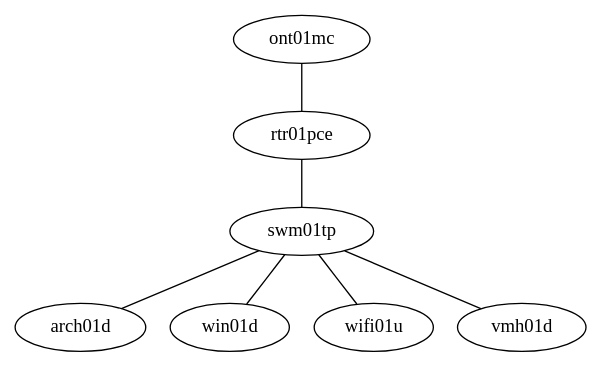
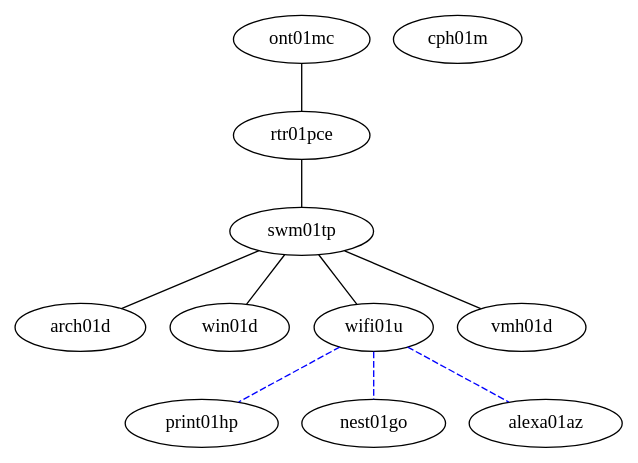
The diagram in vars/network.dot (jrddunbr/sysconfig), drawn with Graphviz before and after one commit. The commit also changed 6 other files, not shown here.

```diff
--- a/vars/network.dot
+++ b/vars/network.dot
@@ -1,16 +1,23 @@
 graph {
   ont01mc
   rtr01pce
   swm01tp
   arch01d
   win01d
   wifi01u
   vmh01d
+  print01hp
+  nest01go
+  alexa01az
+  cph01m
 
   ont01mc -- rtr01pce
   rtr01pce -- swm01tp
   swm01tp -- arch01d
   swm01tp -- win01d
   swm01tp -- wifi01u
   swm01tp -- vmh01d
+  wifi01u -- print01hp [style=dashed, color=blue]
+  wifi01u -- nest01go [style=dashed, color=blue]
+  wifi01u -- alexa01az [style=dashed, color=blue]
 }
```
